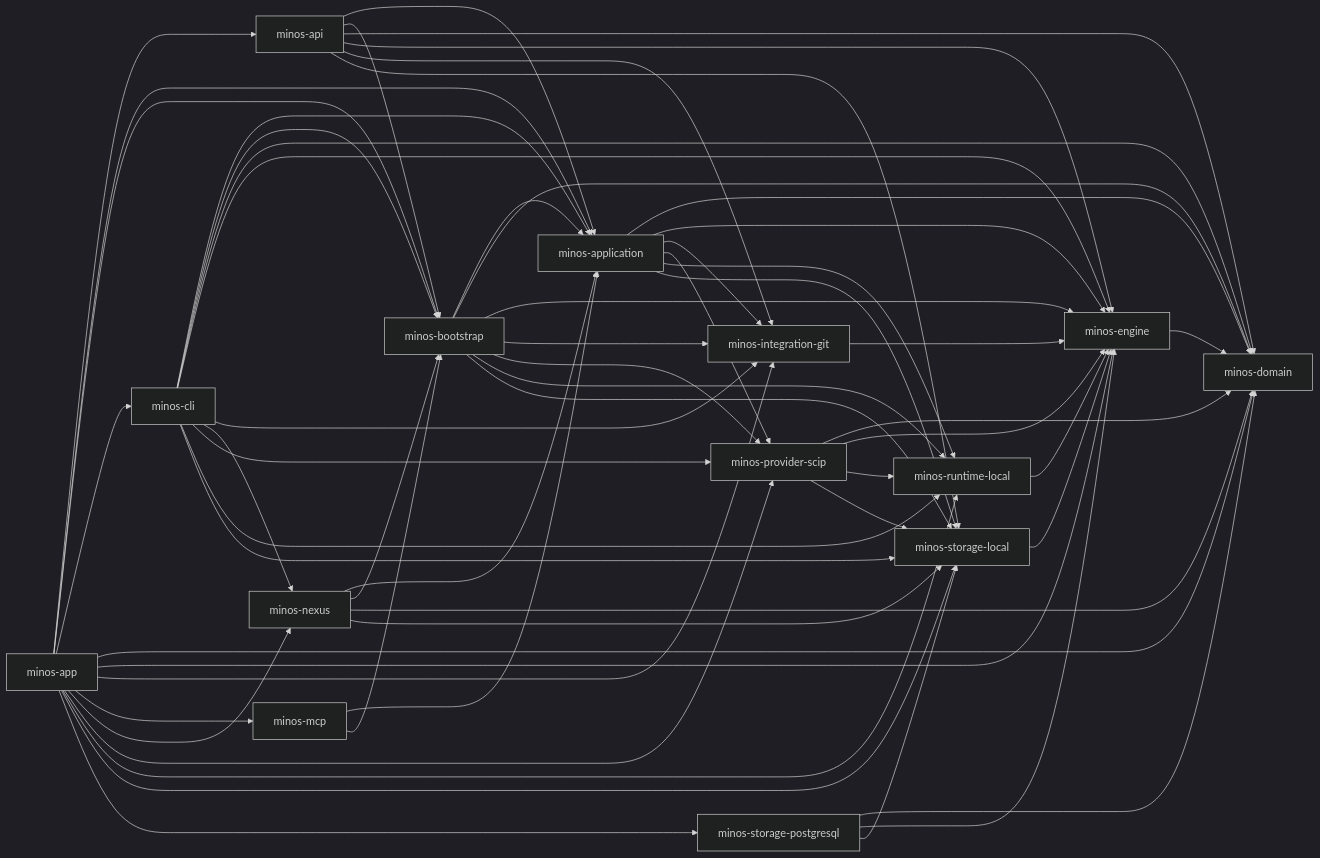
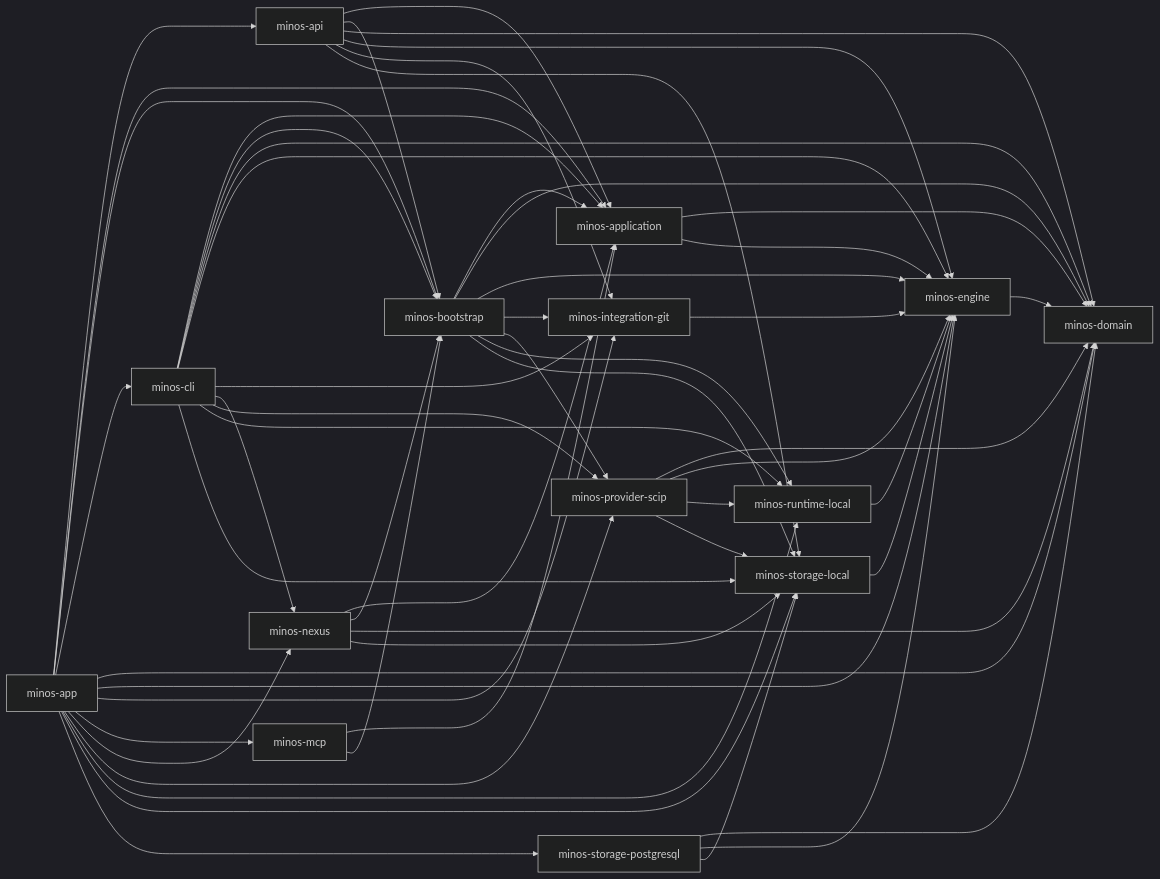
Before and after one commit to FTurleque/minos-code-intelligence: the diagram in docs/architecture/diagrams/module-dependencies.md, drawn with Mermaid (dark theme). The commit also changed other lines of this file and 27 other files, not shown here.

First line of the commit message:
build(application): A2 — minos-application ne dépend plus d'aucun adaptateur ; tests couplés vers minos-bootstrap

````diff
--- a/docs/architecture/diagrams/module-dependencies.md
+++ b/docs/architecture/diagrams/module-dependencies.md
@@ -8,75 +8,71 @@
 ```mermaid
 flowchart LR
     minos_domain["minos-domain"]
     minos_engine["minos-engine"]
     minos_runtime_local["minos-runtime-local"]
     minos_storage_local["minos-storage-local"]
     minos_storage_postgresql["minos-storage-postgresql"]
     minos_provider_scip["minos-provider-scip"]
     minos_integration_git["minos-integration-git"]
     minos_application["minos-application"]
     minos_bootstrap["minos-bootstrap"]
     minos_nexus["minos-nexus"]
     minos_cli["minos-cli"]
     minos_api["minos-api"]
     minos_mcp["minos-mcp"]
     minos_app["minos-app"]
     minos_engine --> minos_domain
     minos_runtime_local --> minos_engine
     minos_storage_local --> minos_engine
     minos_storage_postgresql --> minos_domain
     minos_storage_postgresql --> minos_engine
     minos_storage_postgresql --> minos_storage_local
     minos_provider_scip --> minos_domain
     minos_provider_scip --> minos_engine
     minos_provider_scip --> minos_runtime_local
     minos_provider_scip --> minos_storage_local
     minos_integration_git --> minos_engine
     minos_application --> minos_domain
     minos_application --> minos_engine
-    minos_application --> minos_integration_git
-    minos_application --> minos_provider_scip
-    minos_application --> minos_runtime_local
-    minos_application --> minos_storage_local
     minos_bootstrap --> minos_application
     minos_bootstrap --> minos_domain
     minos_bootstrap --> minos_engine
     minos_bootstrap --> minos_integration_git
     minos_bootstrap --> minos_provider_scip
     minos_bootstrap --> minos_runtime_local
     minos_bootstrap --> minos_storage_local
     minos_nexus --> minos_application
     minos_nexus --> minos_bootstrap
     minos_nexus --> minos_domain
     minos_nexus --> minos_storage_local
     minos_cli --> minos_application
     minos_cli --> minos_bootstrap
     minos_cli --> minos_domain
     minos_cli --> minos_engine
     minos_cli --> minos_integration_git
     minos_cli --> minos_nexus
     minos_cli --> minos_provider_scip
     minos_cli --> minos_runtime_local
     minos_cli --> minos_storage_local
     minos_api --> minos_application
     minos_api --> minos_bootstrap
     minos_api --> minos_domain
     minos_api --> minos_engine
     minos_api --> minos_integration_git
     minos_api --> minos_storage_local
     minos_mcp --> minos_application
     minos_mcp --> minos_bootstrap
     minos_app --> minos_api
     minos_app --> minos_application
     minos_app --> minos_bootstrap
     minos_app --> minos_cli
     minos_app --> minos_domain
     minos_app --> minos_engine
     minos_app --> minos_integration_git
     minos_app --> minos_mcp
     minos_app --> minos_nexus
     minos_app --> minos_provider_scip
     minos_app --> minos_runtime_local
     minos_app --> minos_storage_local
     minos_app --> minos_storage_postgresql
 ```
````
